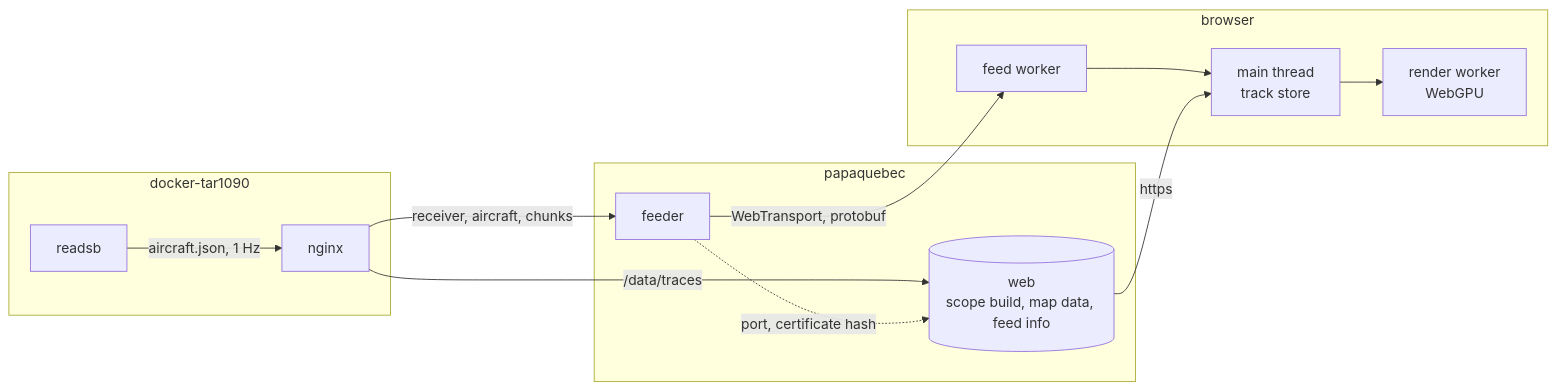
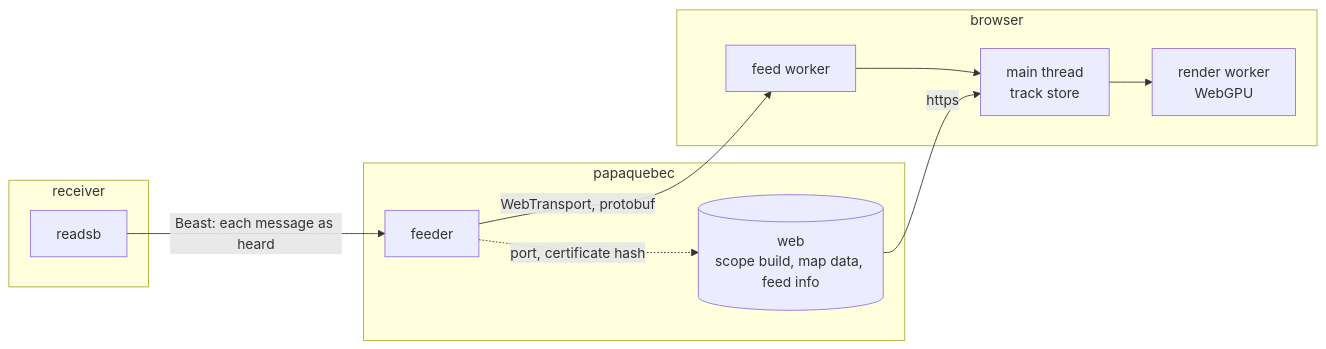
The diagram in README.md (yaumu3/papaquebec), drawn with Mermaid before and after one commit. The commit also changed other lines of this file and 79 other files, not shown here.

Commit message:
feat: follow the receiver's Beast output and drop tar1090 (#29)

````diff
--- a/README.md
+++ b/README.md
@@ -181,16 +183,16 @@
 ```mermaid
 flowchart LR
-    subgraph c["docker-tar1090"]
-        readsb -- "aircraft.json, 1 Hz" --> nginx
+    subgraph c["receiver"]
+        readsb
     end
     subgraph p["papaquebec"]
         web[("web<br/>scope build, map data, feed info")]
         feeder
     end
     subgraph b["browser"]
         feed[feed worker] --> store[main thread<br/>track store] --> render[render worker<br/>WebGPU]
     end
-    nginx -- "/data/traces" --> web -- https --> store
-    nginx -- "receiver, aircraft, chunks" --> feeder -- "WebTransport, protobuf" --> feed
+    web -- https --> store
+    readsb -- "Beast: each message as heard" --> feeder -- "WebTransport, protobuf" --> feed
     feeder -. "port, certificate hash" .-> web
 ```
````
